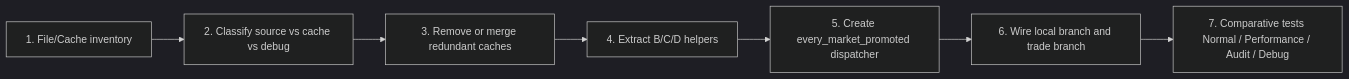
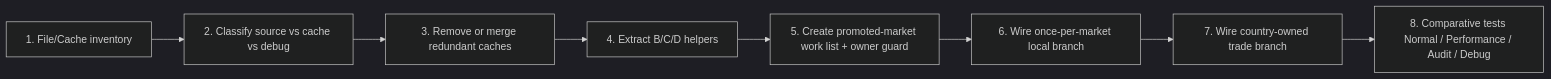
One commit to eu5mod/eu5-no-void-economy changed the third of 3 diagrams in docs/audits/pr126/Q5_flux_logique_global.md. Above: the diagram before and after it, drawn with Mermaid (dark theme). The commit also changed other lines of this file and 2 other files, not shown here.

First line of the commit message:
docs: clarify promoted-market owner guard

````diff
--- a/docs/audits/pr126/Q5_flux_logique_global.md
+++ b/docs/audits/pr126/Q5_flux_logique_global.md
@@ -156,9 +218,10 @@
 ```mermaid
 flowchart LR
     A[1. File/Cache inventory] --> B[2. Classify source vs cache vs debug]
     B --> C[3. Remove or merge redundant caches]
     C --> D[4. Extract B/C/D helpers]
-    D --> E[5. Create every_market_promoted dispatcher]
-    E --> F[6. Wire local branch and trade branch]
-    F --> G[7. Comparative tests Normal / Performance / Audit / Debug]
+    D --> E[5. Create promoted-market work list + owner guard]
+    E --> F[6. Wire once-per-market local branch]
+    F --> G[7. Wire country-owned trade branch]
+    G --> H[8. Comparative tests Normal / Performance / Audit / Debug]
 ```
````
